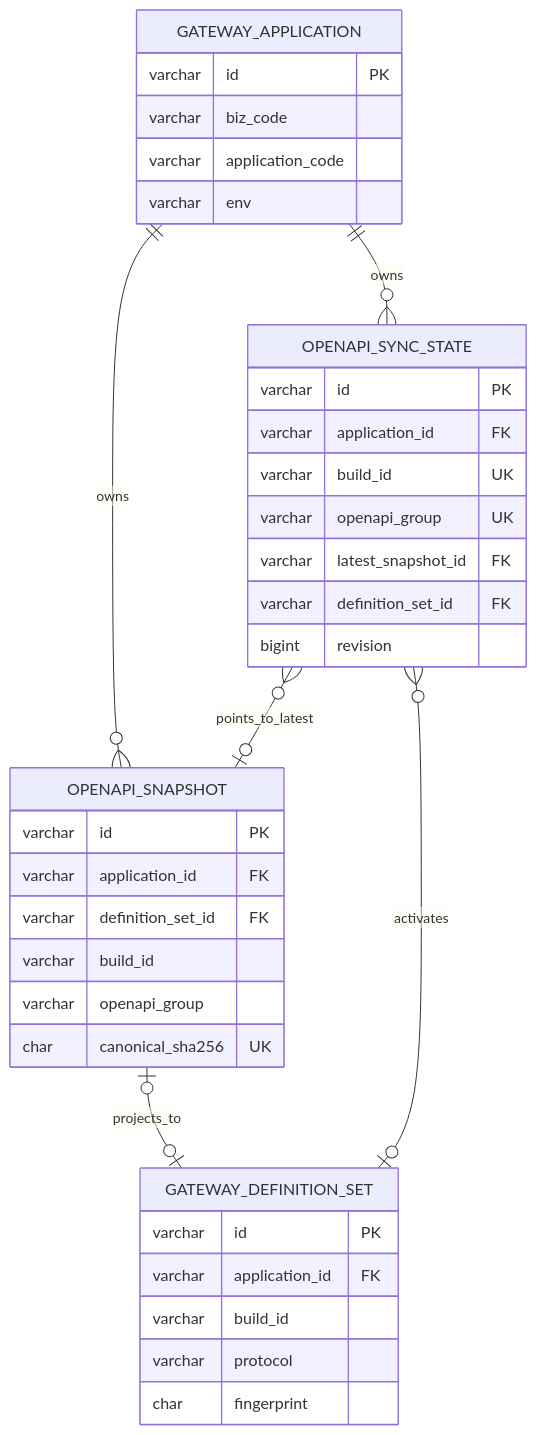
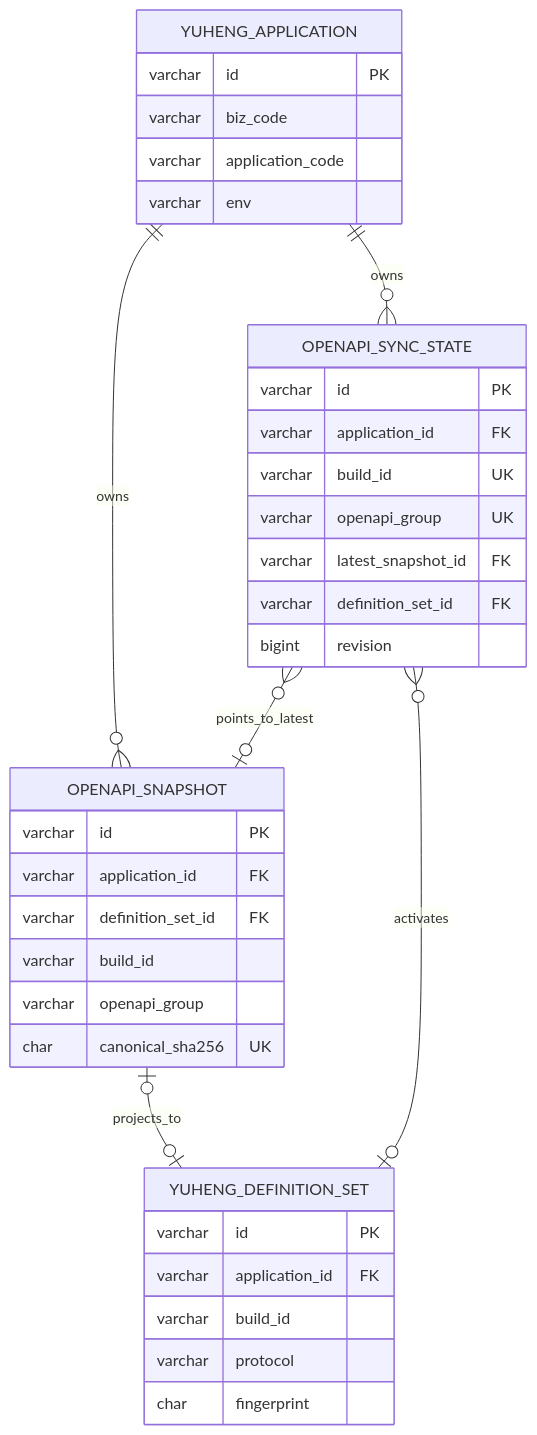
The fifth of 5 diagrams in docs/egon/spec/2026-08-25-19-01-gateway-openapi31-source-refactor.md (AllenDEricDAlexander/Egon-COLA), drawn with Mermaid before and after one commit. The commit also changed other lines of this file and 233 other files, not shown here.

````diff
--- a/docs/egon/spec/2026-08-25-19-01-gateway-openapi31-source-refactor.md
+++ b/docs/egon/spec/2026-08-25-19-01-gateway-openapi31-source-refactor.md
@@ -1365,39 +1365,39 @@
 ```mermaid
 erDiagram
-    GATEWAY_APPLICATION ||--o{ OPENAPI_SNAPSHOT : owns
-    GATEWAY_APPLICATION ||--o{ OPENAPI_SYNC_STATE : owns
-    OPENAPI_SNAPSHOT o|--o| GATEWAY_DEFINITION_SET : projects_to
+    YUHENG_APPLICATION ||--o{ OPENAPI_SNAPSHOT : owns
+    YUHENG_APPLICATION ||--o{ OPENAPI_SYNC_STATE : owns
+    OPENAPI_SNAPSHOT o|--o| YUHENG_DEFINITION_SET : projects_to
     OPENAPI_SYNC_STATE }o--o| OPENAPI_SNAPSHOT : points_to_latest
-    OPENAPI_SYNC_STATE }o--o| GATEWAY_DEFINITION_SET : activates
+    OPENAPI_SYNC_STATE }o--o| YUHENG_DEFINITION_SET : activates
 
-    GATEWAY_APPLICATION {
+    YUHENG_APPLICATION {
         varchar id PK
         varchar biz_code
         varchar application_code
         varchar env
     }
     OPENAPI_SNAPSHOT {
         varchar id PK
         varchar application_id FK
         varchar definition_set_id FK
         varchar build_id
         varchar openapi_group
         char canonical_sha256 UK
     }
     OPENAPI_SYNC_STATE {
         varchar id PK
         varchar application_id FK
         varchar build_id UK
         varchar openapi_group UK
         varchar latest_snapshot_id FK
         varchar definition_set_id FK
         bigint revision
     }
-    GATEWAY_DEFINITION_SET {
+    YUHENG_DEFINITION_SET {
         varchar id PK
         varchar application_id FK
         varchar build_id
         varchar protocol
         char fingerprint
     }
 ```
````
